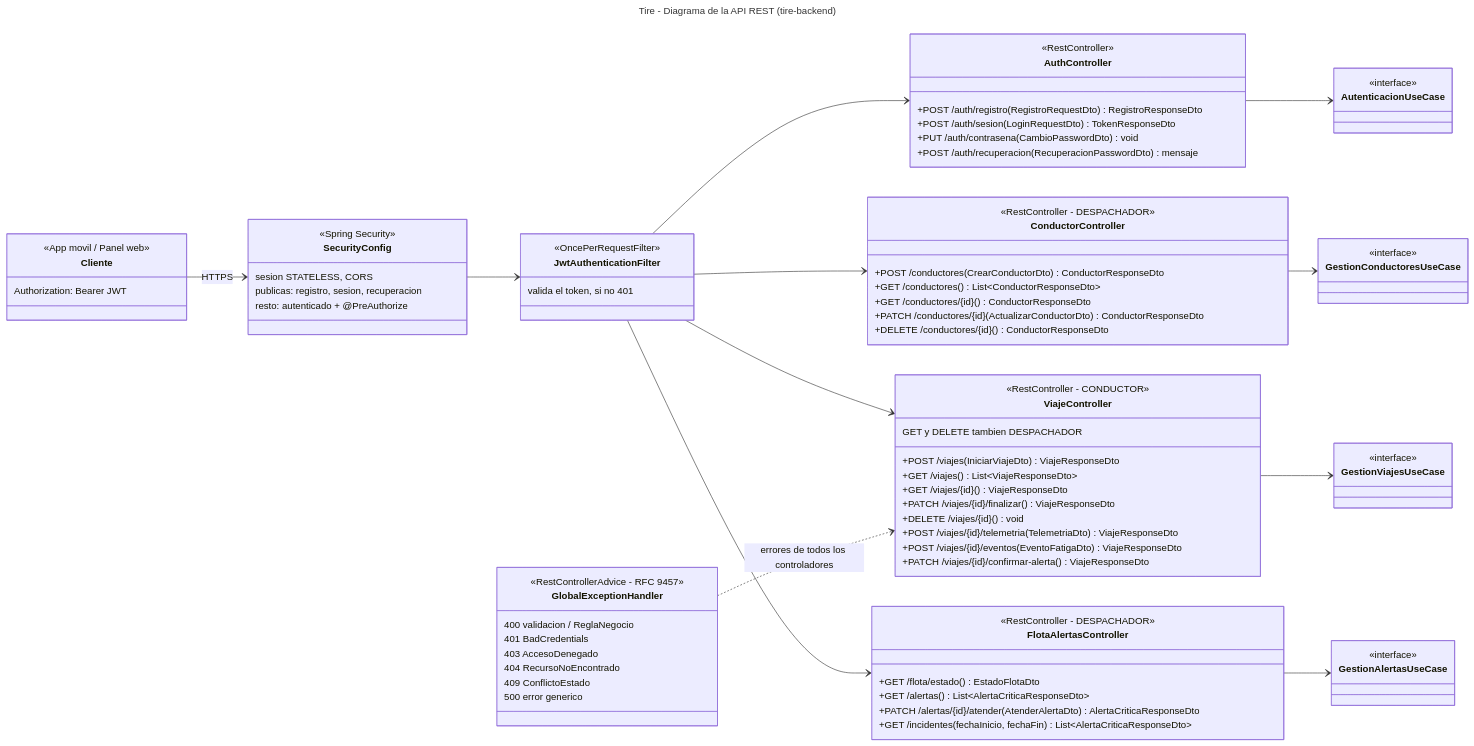
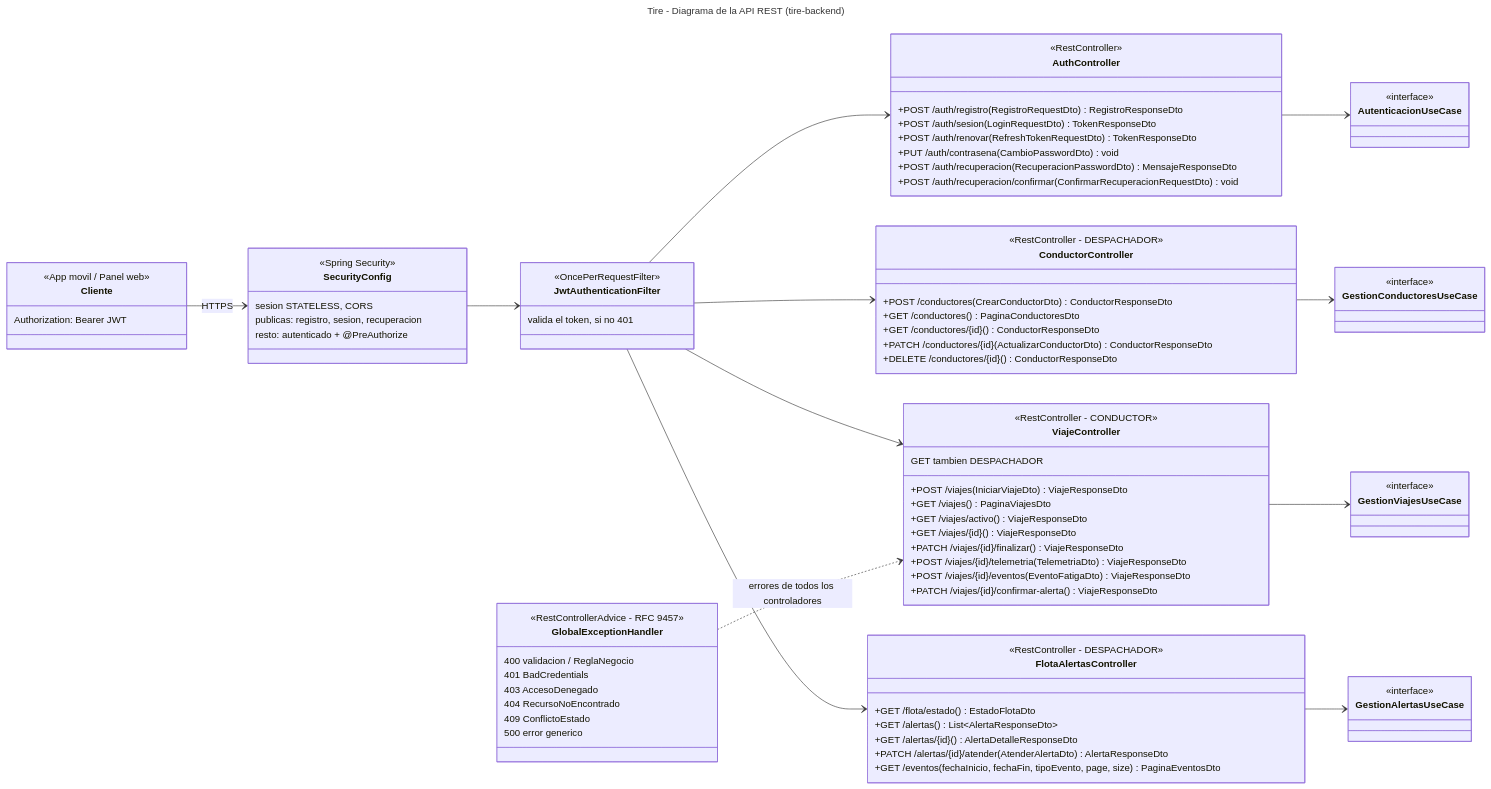
The diagram in prototipo-1/arquitectura/diagrama_api.mmd (ML-Ingesoft-II/tire-docs), drawn with Mermaid before and after one commit. The commit also changed 5 other files, not shown here.

First line of the commit message:
Refactor architecture documentation and update API specifications for Prototipo 2

```diff
--- a/prototipo-1/arquitectura/diagrama_api.mmd
+++ b/prototipo-1/arquitectura/diagrama_api.mmd
@@ -1,98 +1,101 @@
 ---
 title: Tire - Diagrama de la API REST (tire-backend)
 ---
 %% Formato de cada endpoint: METODO /ruta(DTO de entrada) DTO de salida
 classDiagram
     direction LR
 
     class Cliente {
         <<App movil / Panel web>>
         Authorization: Bearer JWT
     }
 
     class SecurityConfig {
         <<Spring Security>>
         sesion STATELESS, CORS
         publicas: registro, sesion, recuperacion
         resto: autenticado + @PreAuthorize
     }
 
     class JwtAuthenticationFilter {
         <<OncePerRequestFilter>>
         valida el token, si no 401
     }
 
     class AuthController {
         <<RestController>>
         +POST /auth/registro(RegistroRequestDto) RegistroResponseDto
         +POST /auth/sesion(LoginRequestDto) TokenResponseDto
+        +POST /auth/renovar(RefreshTokenRequestDto) TokenResponseDto
         +PUT /auth/contrasena(CambioPasswordDto) void
-        +POST /auth/recuperacion(RecuperacionPasswordDto) mensaje
+        +POST /auth/recuperacion(RecuperacionPasswordDto) MensajeResponseDto
+        +POST /auth/recuperacion/confirmar(ConfirmarRecuperacionRequestDto) void
     }
 
     class ConductorController {
         <<RestController - DESPACHADOR>>
         +POST /conductores(CrearConductorDto) ConductorResponseDto
-        +GET /conductores() List~ConductorResponseDto~
+        +GET /conductores() PaginaConductoresDto
         +GET /conductores/#123;id#125;() ConductorResponseDto
         +PATCH /conductores/#123;id#125;(ActualizarConductorDto) ConductorResponseDto
         +DELETE /conductores/#123;id#125;() ConductorResponseDto
     }
 
     class ViajeController {
         <<RestController - CONDUCTOR>>
-        GET y DELETE tambien DESPACHADOR
+        GET tambien DESPACHADOR
         +POST /viajes(IniciarViajeDto) ViajeResponseDto
-        +GET /viajes() List~ViajeResponseDto~
+        +GET /viajes() PaginaViajesDto
+        +GET /viajes/activo() ViajeResponseDto
         +GET /viajes/#123;id#125;() ViajeResponseDto
         +PATCH /viajes/#123;id#125;/finalizar() ViajeResponseDto
-        +DELETE /viajes/#123;id#125;() void
         +POST /viajes/#123;id#125;/telemetria(TelemetriaDto) ViajeResponseDto
         +POST /viajes/#123;id#125;/eventos(EventoFatigaDto) ViajeResponseDto
         +PATCH /viajes/#123;id#125;/confirmar-alerta() ViajeResponseDto
     }
 
     class FlotaAlertasController {
         <<RestController - DESPACHADOR>>
         +GET /flota/estado() EstadoFlotaDto
-        +GET /alertas() List~AlertaCriticaResponseDto~
-        +PATCH /alertas/#123;id#125;/atender(AtenderAlertaDto) AlertaCriticaResponseDto
-        +GET /incidentes(fechaInicio, fechaFin) List~AlertaCriticaResponseDto~
+        +GET /alertas() List~AlertaResponseDto~
+        +GET /alertas/#123;id#125;() AlertaDetalleResponseDto
+        +PATCH /alertas/#123;id#125;/atender(AtenderAlertaDto) AlertaResponseDto
+        +GET /eventos(fechaInicio, fechaFin, tipoEvento, page, size) PaginaEventosDto
     }
 
     class GlobalExceptionHandler {
         <<RestControllerAdvice - RFC 9457>>
         400 validacion / ReglaNegocio
         401 BadCredentials
         403 AccesoDenegado
         404 RecursoNoEncontrado
         409 ConflictoEstado
         500 error generico
     }
 
     class AutenticacionUseCase {
         <<interface>>
     }
     class GestionConductoresUseCase {
         <<interface>>
     }
     class GestionViajesUseCase {
         <<interface>>
     }
     class GestionAlertasUseCase {
         <<interface>>
     }
 
     Cliente --> SecurityConfig : HTTPS
     SecurityConfig --> JwtAuthenticationFilter
     JwtAuthenticationFilter --> AuthController
     JwtAuthenticationFilter --> ConductorController
     JwtAuthenticationFilter --> ViajeController
     JwtAuthenticationFilter --> FlotaAlertasController
 
     AuthController --> AutenticacionUseCase
     ConductorController --> GestionConductoresUseCase
     ViajeController --> GestionViajesUseCase
     FlotaAlertasController --> GestionAlertasUseCase
 
     GlobalExceptionHandler ..> ViajeController : errores de todos los controladores
```
